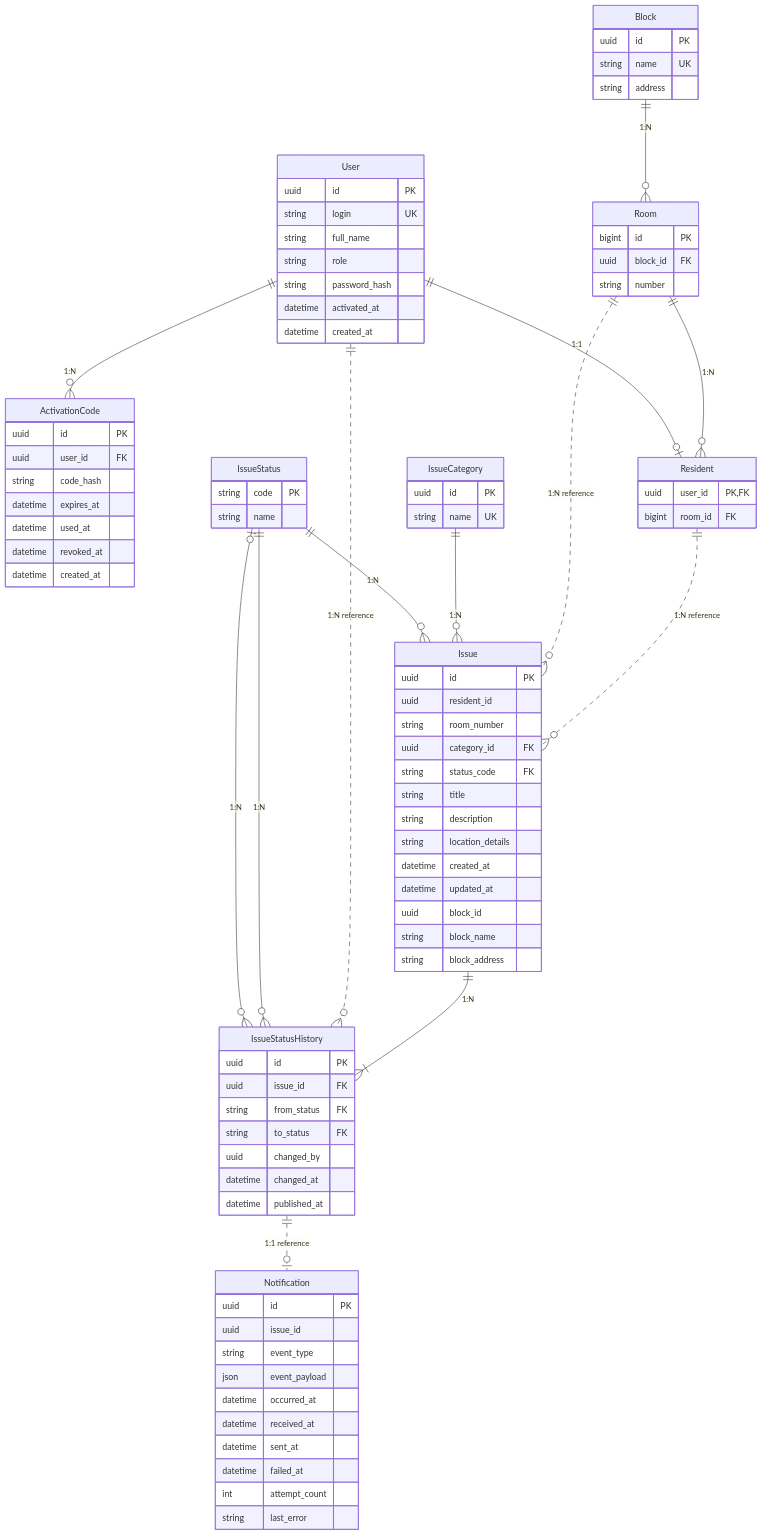
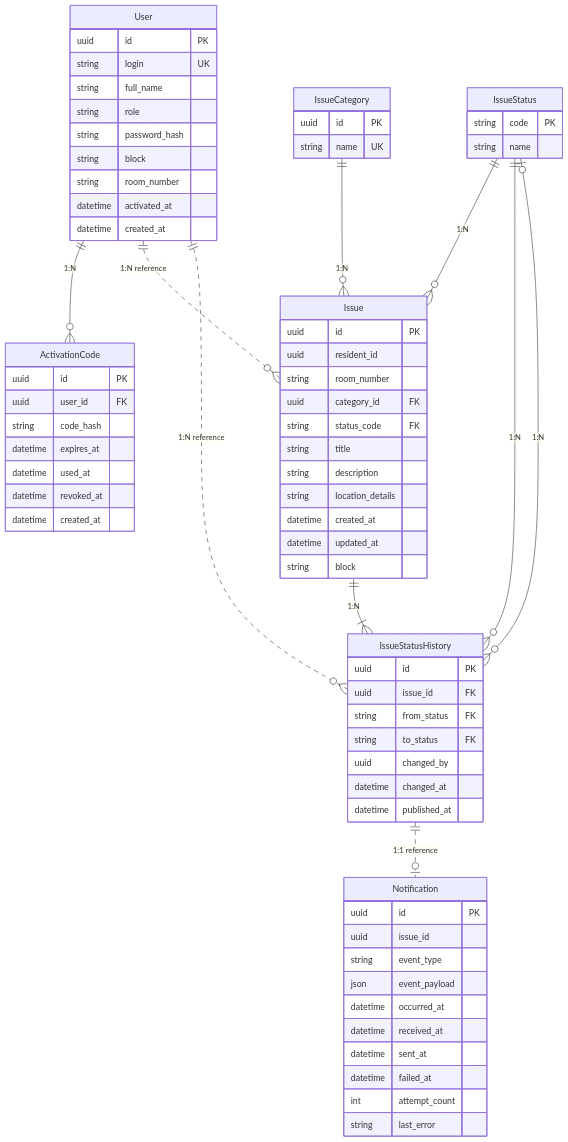
The diagram in dormsupport/diagrams/erd.mmd (GKDI-Team/dorm-support-documents), drawn with Mermaid before and after one commit. The commit also changed 8 other files, not shown here.

```diff
--- a/dormsupport/diagrams/erd.mmd
+++ b/dormsupport/diagrams/erd.mmd
@@ -1,90 +1,72 @@
 erDiagram
     User ||--o{ ActivationCode : "1:N"
-    Block ||--o{ Room : "1:N"
-    Room ||--o{ Resident : "1:N"
-    User ||--o| Resident : "1:1"
-    Resident ||..o{ Issue : "1:N reference"
-    Room ||..o{ Issue : "1:N reference"
+    User ||..o{ Issue : "1:N reference"
     IssueCategory ||--o{ Issue : "1:N"
     IssueStatus ||--o{ Issue : "1:N"
     Issue ||--|{ IssueStatusHistory : "1:N"
     User ||..o{ IssueStatusHistory : "1:N reference"
     IssueStatus ||--o{ IssueStatusHistory : "1:N"
     IssueStatus o|--o{ IssueStatusHistory : "1:N"
     IssueStatusHistory ||..o| Notification : "1:1 reference"
     User {
         uuid id PK
         string login UK
         string full_name
         string role
         string password_hash
+        string block
+        string room_number
         datetime activated_at
         datetime created_at
     }
     ActivationCode {
         uuid id PK
         uuid user_id FK
         string code_hash
         datetime expires_at
         datetime used_at
         datetime revoked_at
         datetime created_at
-    }
-    Block {
-        uuid id PK
-        string name UK
-        string address
-    }
-    Room {
-        bigint id PK
-        uuid block_id FK
-        string number
-    }
-    Resident {
-        uuid user_id PK,FK
-        bigint room_id FK
     }
     IssueCategory {
         uuid id PK
         string name UK
     }
     IssueStatus {
         string code PK
         string name
     }
     Issue {
         uuid id PK
         uuid resident_id
         string room_number
         uuid category_id FK
         string status_code FK
         string title
         string description
         string location_details
         datetime created_at
         datetime updated_at
-        uuid block_id
-        string block_name
-        string block_address
+        string block
     }
     IssueStatusHistory {
         uuid id PK
         uuid issue_id FK
         string from_status FK
         string to_status FK
         uuid changed_by
         datetime changed_at
         datetime published_at
     }
     Notification {
         uuid id PK
         uuid issue_id
         string event_type
         json event_payload
         datetime occurred_at
         datetime received_at
         datetime sent_at
         datetime failed_at
         int attempt_count
         string last_error
     }
```
